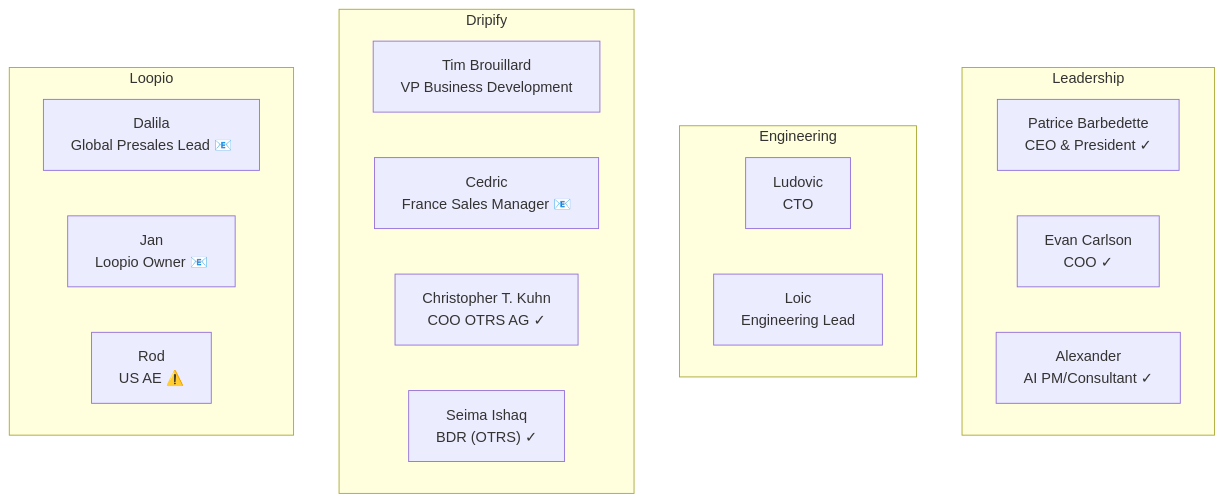
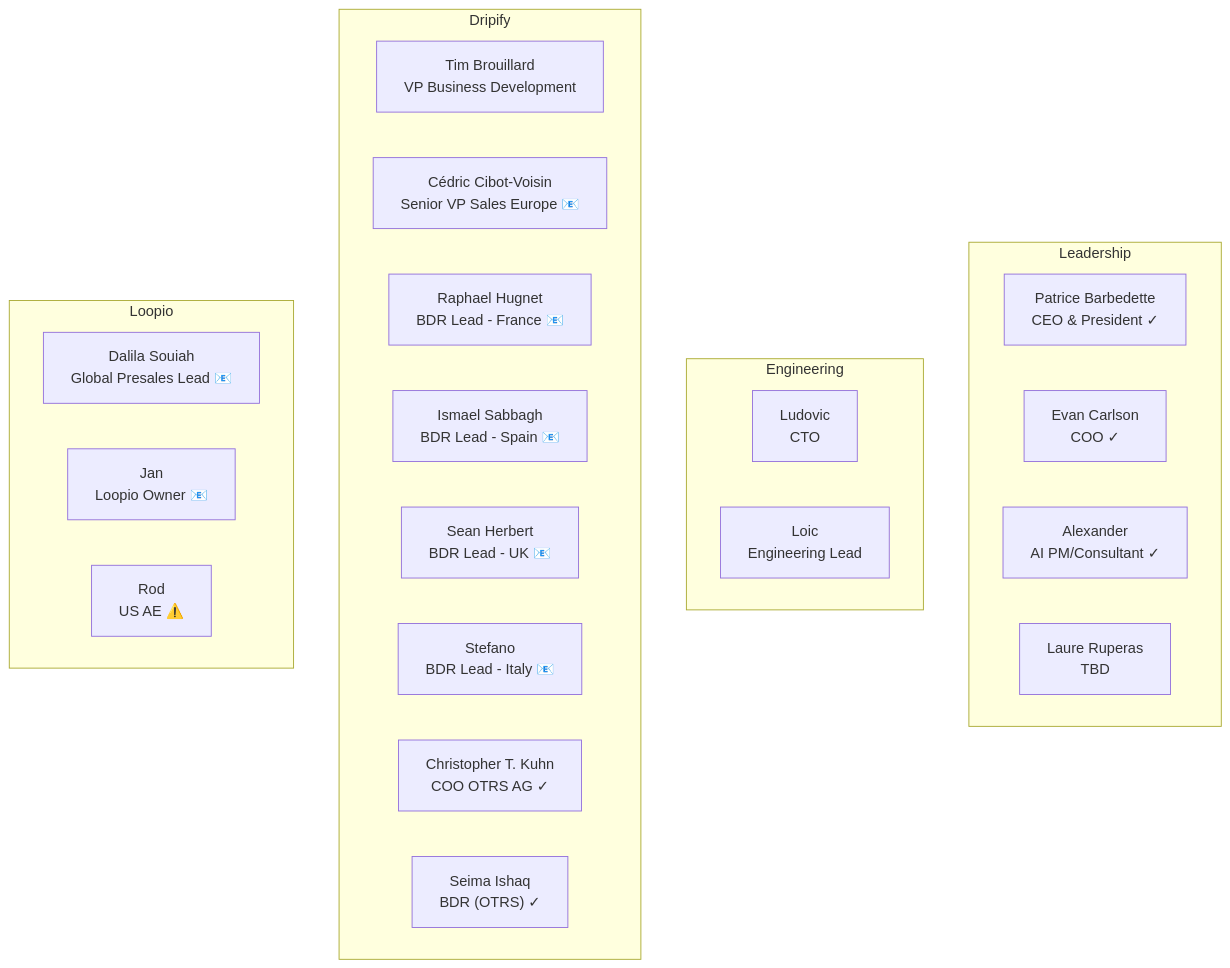
Before and after one commit to pqsoccerboy17/client-timelines: the diagram in easyvista-stakeholders.mermaid, drawn with Mermaid. The commit also changed 3 other files, not shown here.

````diff
--- a/easyvista-stakeholders.mermaid
+++ b/easyvista-stakeholders.mermaid
@@ -1,23 +1,28 @@
 ```mermaid
 flowchart TB
     subgraph Leadership
         Patrice_Barbedette["Patrice Barbedette<br/>CEO & President ✓"]
         Evan_Carlson["Evan Carlson<br/>COO ✓"]
         Alexander["Alexander<br/>AI PM/Consultant ✓"]
+        Laure_Ruperas["Laure Ruperas<br/>TBD "]
     end
     subgraph Engineering
         Ludovic["Ludovic<br/>CTO "]
         Loic["Loic<br/>Engineering Lead "]
     end
     subgraph Dripify
         Tim_Brouillard["Tim Brouillard<br/>VP Business Development "]
-        Cedric["Cedric<br/>France Sales Manager 📧"]
+        Cédric_Cibot-Voisin["Cédric Cibot-Voisin<br/>Senior VP Sales Europe 📧"]
+        Raphael_Hugnet["Raphael Hugnet<br/>BDR Lead - France 📧"]
+        Ismael_Sabbagh["Ismael Sabbagh<br/>BDR Lead - Spain 📧"]
+        Sean_Herbert["Sean Herbert<br/>BDR Lead - UK 📧"]
+        Stefano["Stefano<br/>BDR Lead - Italy 📧"]
         Christopher_T._Kuhn["Christopher T. Kuhn<br/>COO OTRS AG ✓"]
         Seima_Ishaq["Seima Ishaq<br/>BDR (OTRS) ✓"]
     end
     subgraph Loopio
-        Dalila["Dalila<br/>Global Presales Lead 📧"]
+        Dalila_Souiah["Dalila Souiah<br/>Global Presales Lead 📧"]
         Jan["Jan<br/>Loopio Owner 📧"]
         Rod["Rod<br/>US AE ⚠️"]
     end
 ```
````
